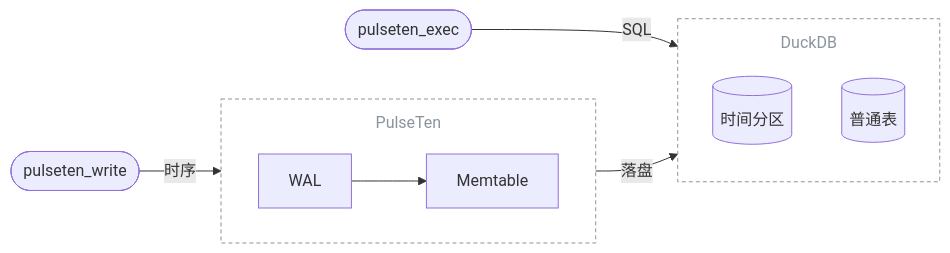
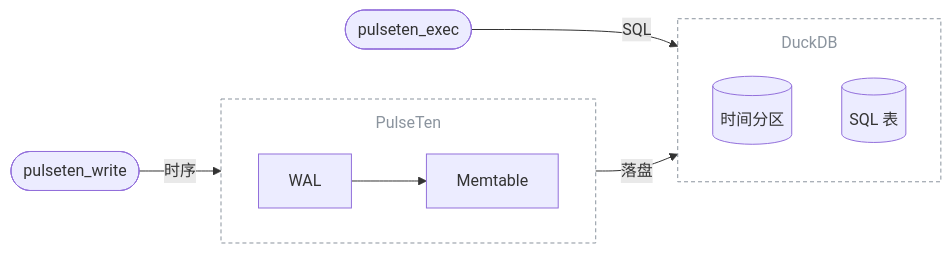
One commit to leviathan0992/pulseten changed the diagram in README.zh-CN.md. Above: the diagram before and after it, drawn with Mermaid. The commit also changed other lines of this file and 1 other file, not shown here.

````diff
--- a/README.zh-CN.md
+++ b/README.zh-CN.md
@@ -35,22 +36,22 @@
 ```mermaid
 %%{init: {"flowchart": {"subGraphTitleMargin": {"top": 12, "bottom": 8}}}}%%
 flowchart LR
   write(["pulseten_write"]) -- 时序 --> wal
 
   subgraph engine ["PulseTen"]
     direction LR
     wal["WAL"] --> mem["Memtable"]
   end
 
   subgraph duckdb ["DuckDB"]
     direction TB
     part[("时间分区")]
-    rel[("普通表")]
+    rel[("SQL 表")]
   end
 
   mem -- 落盘 --> part
   exec(["pulseten_exec"]) -- SQL --> rel
 
   style engine fill:none,stroke:#8b949e,stroke-dasharray:4 3,color:#8b949e
   style duckdb fill:none,stroke:#8b949e,stroke-dasharray:4 3,color:#8b949e
 ```
````
